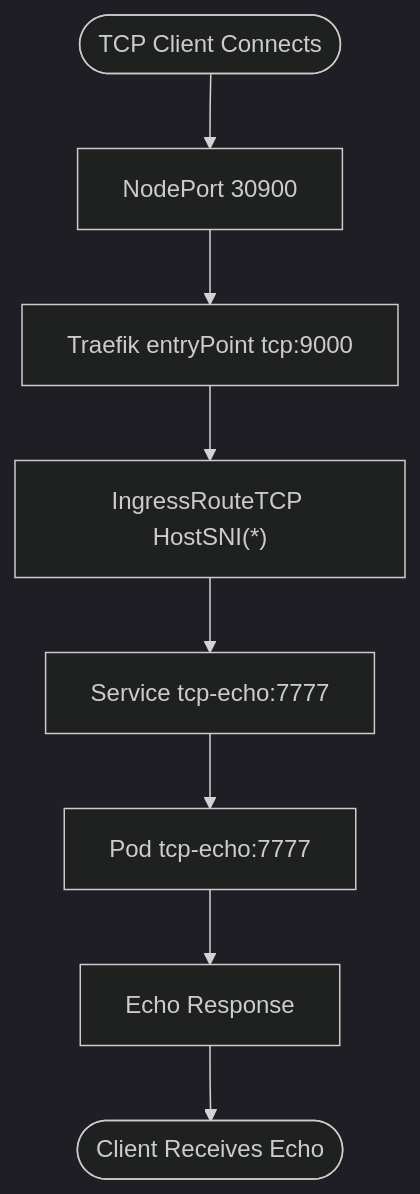
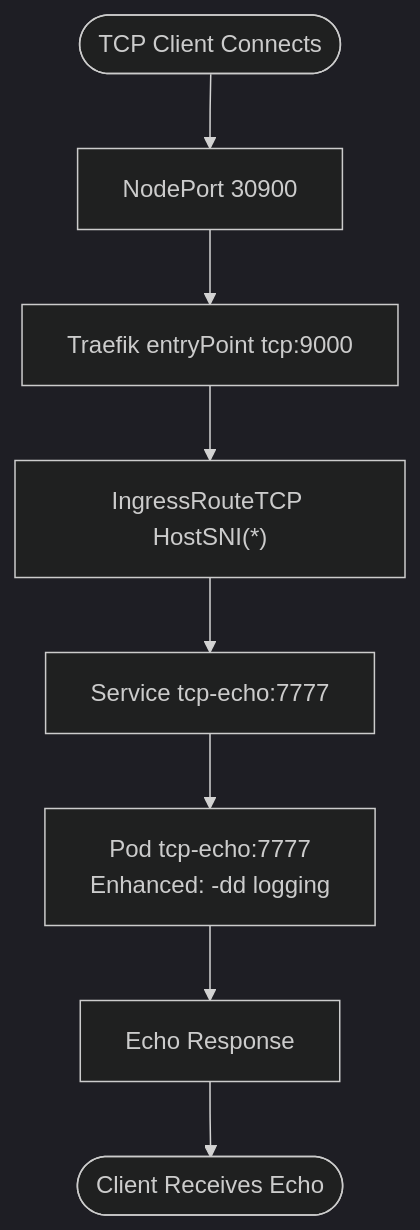
The third of 5 diagrams in .qoder/repowiki/en/content/Playground Applications/Demo Applications/TCP Echo Demo Application.md (Hoangvu75/k8s_manifest), drawn with Mermaid (dark theme) before and after one commit. The commit also changed other lines of this file and 5 other files, not shown here.

````diff
--- a/.qoder/repowiki/en/content/Playground Applications/Demo Applications/TCP Echo Demo Application.md
+++ b/.qoder/repowiki/en/content/Playground Applications/Demo Applications/TCP Echo Demo Application.md
@@ -169,10 +179,10 @@
 ```mermaid
 flowchart TD
 Start(["TCP Client Connects"]) --> NP["NodePort 30900"]
 NP --> EP["Traefik entryPoint tcp:9000"]
 EP --> CRD["IngressRouteTCP HostSNI(*)"]
 CRD --> SVC["Service tcp-echo:7777"]
-SVC --> POD["Pod tcp-echo:7777"]
+SVC --> POD["Pod tcp-echo:7777<br/>Enhanced: -dd logging"]
 POD --> RESP["Echo Response"]
 RESP --> End(["Client Receives Echo"])
 ```
````
